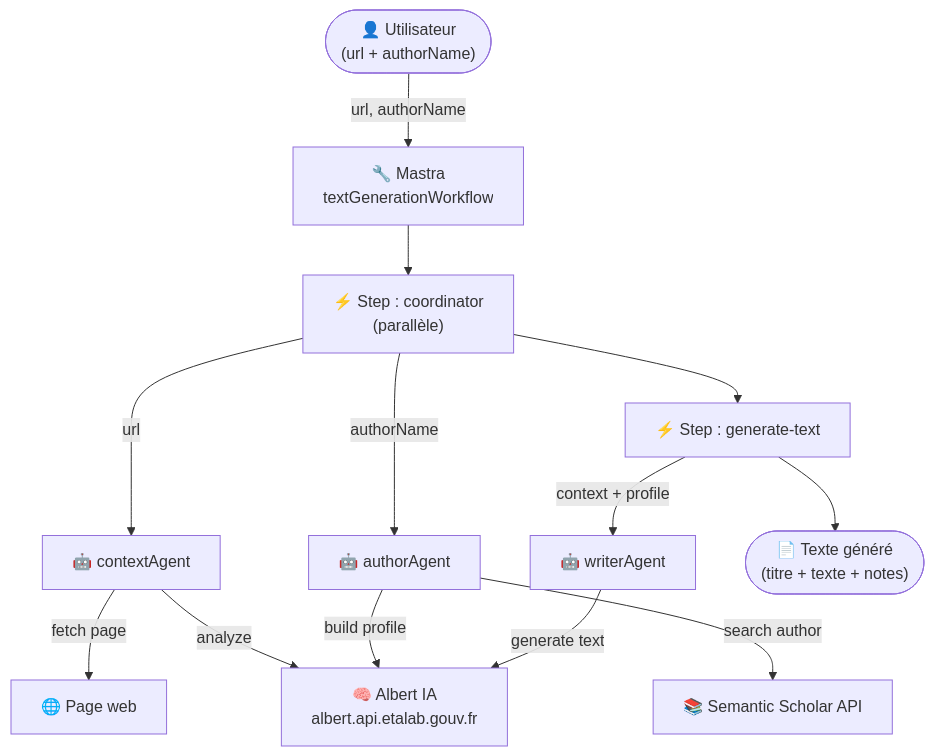
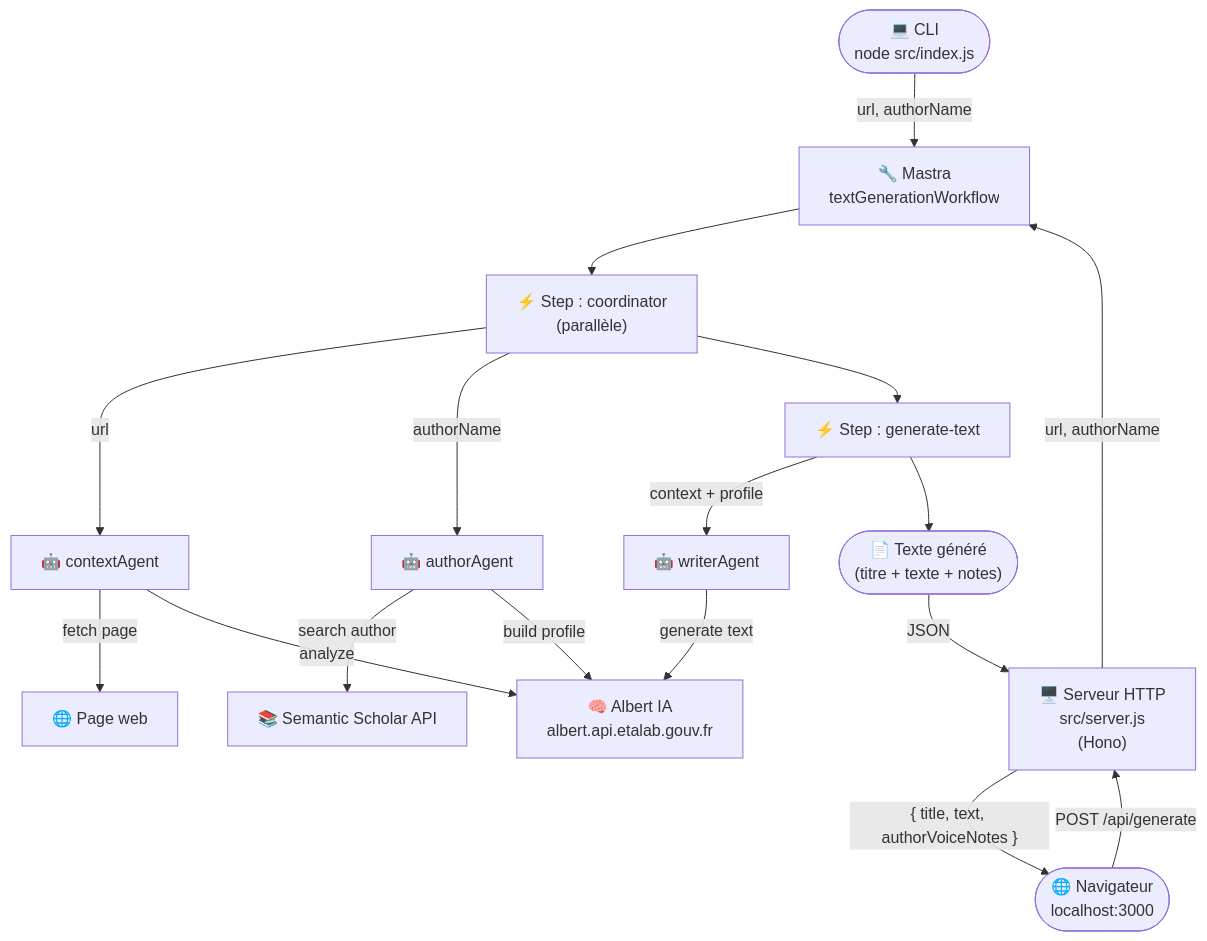
Before and after one commit to samszo/generator_expertise: the first of 12 diagrams in README.md, drawn with Mermaid. The commit also changed other lines of this file, not shown here.

First line of the commit message:
docs: update README with web client and server documentation

````diff
--- a/README.md
+++ b/README.md
@@ -23,27 +24,33 @@
 ```mermaid
 graph TB
-    User(["👤 Utilisateur\n(url + authorName)"])
+    CLI(["💻 CLI\nnode src/index.js"])
+    Browser(["🌐 Navigateur\nlocalhost:3000"])
+    Server["🖥️ Serveur HTTP\nsrc/server.js\n(Hono)"]
     Mastra["🔧 Mastra\ntextGenerationWorkflow"]
     Step1["⚡ Step : coordinator\n(parallèle)"]
     Step2["⚡ Step : generate-text"]
     CA["🤖 contextAgent"]
     AA["🤖 authorAgent"]
     WA["🤖 writerAgent"]
     Albert["🧠 Albert IA\nalbert.api.etalab.gouv.fr"]
     Web["🌐 Page web"]
     Scholar["📚 Semantic Scholar API"]
     Out(["📄 Texte généré\n(titre + texte + notes)"])
 
-    User -->|"url, authorName"| Mastra
+    CLI -->|"url, authorName"| Mastra
+    Browser -->|"POST /api/generate"| Server
+    Server -->|"url, authorName"| Mastra
     Mastra --> Step1
     Step1 -->|"url"| CA
     Step1 -->|"authorName"| AA
     CA -->|"fetch page"| Web
     CA -->|"analyze"| Albert
     AA -->|"search author"| Scholar
     AA -->|"build profile"| Albert
     Step1 --> Step2
     Step2 -->|"context + profile"| WA
     WA -->|"generate text"| Albert
     Step2 --> Out
+    Out -->|"JSON"| Server
+    Server -->|"{ title, text, authorVoiceNotes }"| Browser
 ```
````
